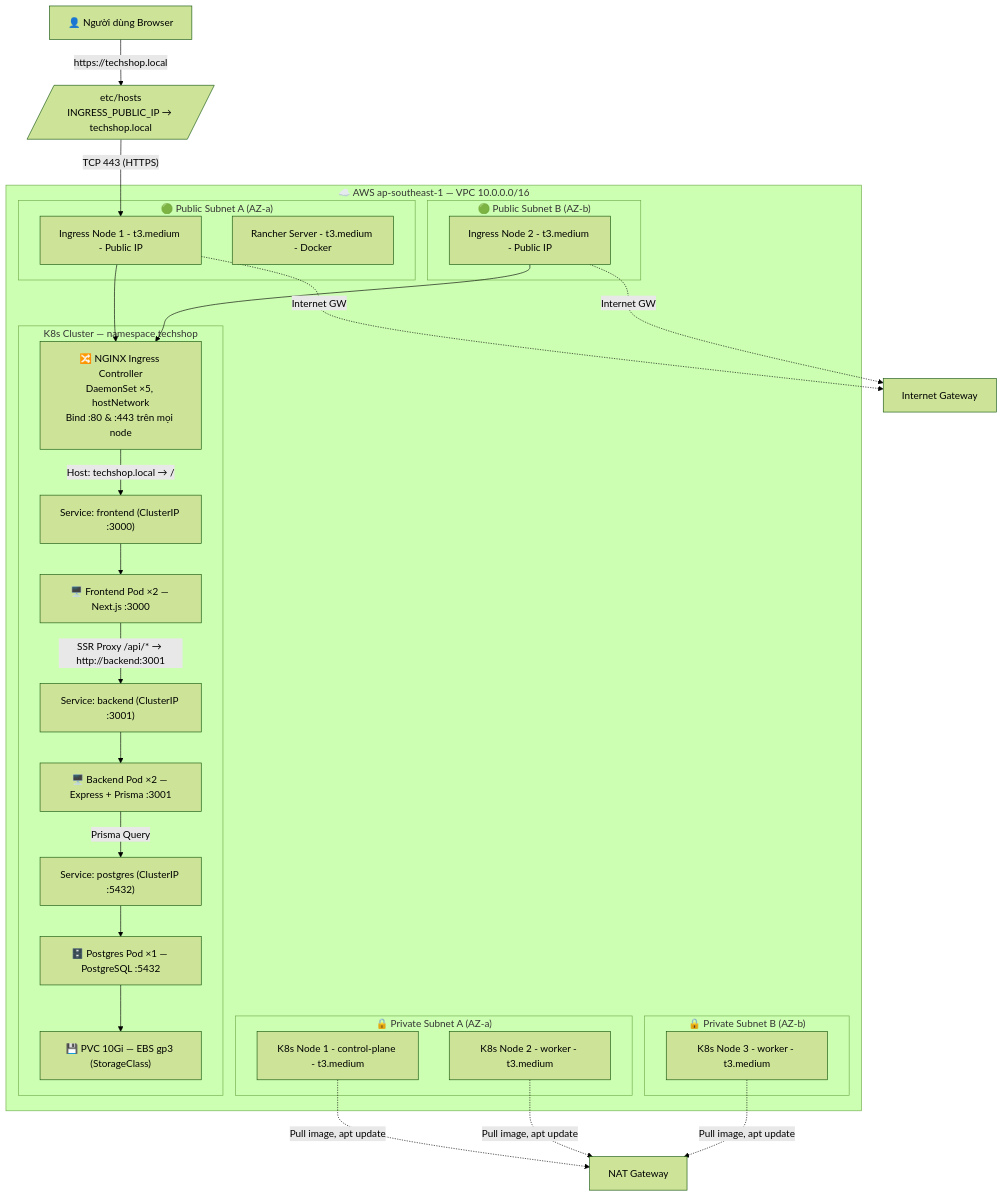
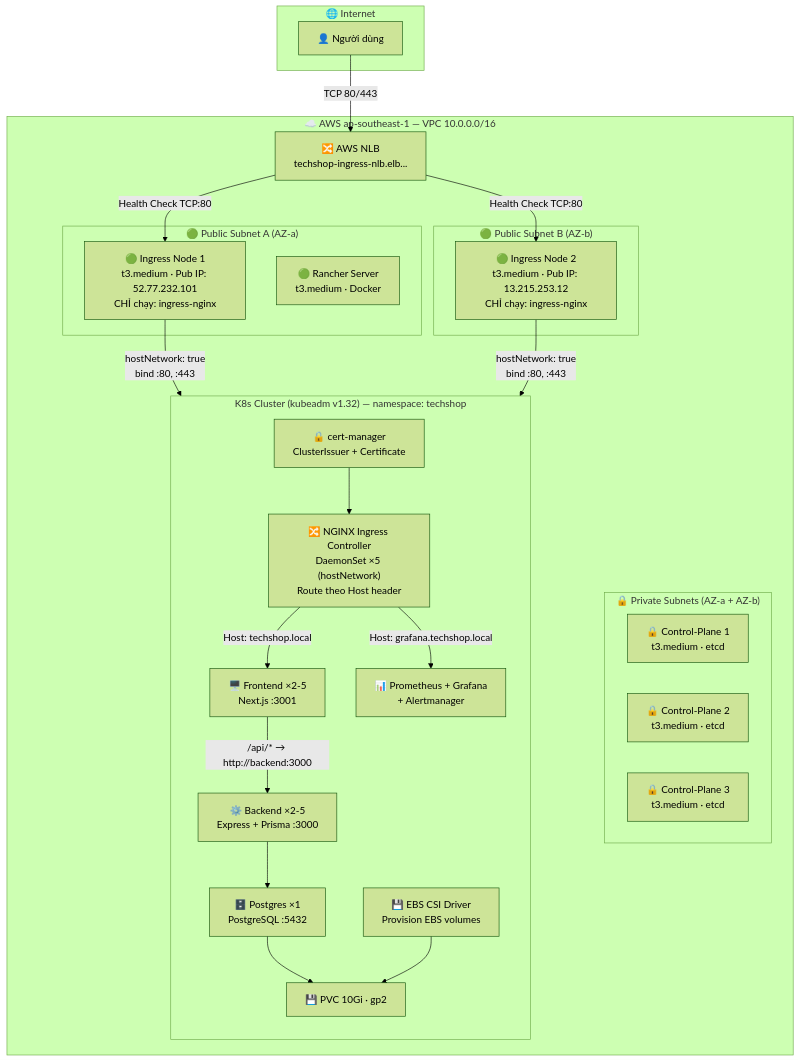
Before and after one commit to vinh25042005/deploy-web: the first of 5 diagrams in README.md, drawn with Mermaid (forest theme). The commit also changed other lines of this file and 7 other files, not shown here.

````diff
--- a/README.md
+++ b/README.md
@@ -26,53 +26,53 @@
 ```mermaid
 flowchart TB
-    U[👤 Người dùng Browser] -->|"https://techshop.local"| DNS[/etc/hosts<br/>INGRESS_PUBLIC_IP → techshop.local/]
+    subgraph Internet["🌐 Internet"]
+        USER["👤 Người dùng"]
+    end
 
-    DNS -->|"TCP 443 (HTTPS)"| ING1
+    USER -->|"TCP 80/443"| NLB
 
     subgraph AWS["☁️ AWS ap-southeast-1 — VPC 10.0.0.0/16"]
+        NLB["🔀 AWS NLB<br/>techshop-ingress-nlb.elb..."]
+        
         subgraph PubA["🟢 Public Subnet A (AZ-a)"]
-            ING1[Ingress Node 1 - t3.medium - Public IP]
-            RANCHER[Rancher Server - t3.medium - Docker]
+            ING1["🟢 Ingress Node 1<br/>t3.medium · Pub IP: 52.77.232.101<br/>CHỈ chạy: ingress-nginx"]
+            RANCHER["🟢 Rancher Server<br/>t3.medium · Docker"]
         end
 
         subgraph PubB["🟢 Public Subnet B (AZ-b)"]
-            ING2[Ingress Node 2 - t3.medium - Public IP]
+            ING2["🟢 Ingress Node 2<br/>t3.medium · Pub IP: 13.215.253.12<br/>CHỈ chạy: ingress-nginx"]
         end
 
-        subgraph PrivA["🔒 Private Subnet A (AZ-a)"]
-            N1[K8s Node 1 - control-plane - t3.medium]
-            N2[K8s Node 2 - worker - t3.medium]
+        subgraph Priv["🔒 Private Subnets (AZ-a + AZ-b)"]
+            CP1["🔒 Control-Plane 1<br/>t3.medium · etcd"]
+            CP2["🔒 Control-Plane 2<br/>t3.medium · etcd"]
+            CP3["🔒 Control-Plane 3<br/>t3.medium · etcd"]
         end
-
-        subgraph PrivB["🔒 Private Subnet B (AZ-b)"]
-            N3[K8s Node 3 - worker - t3.medium]
-        end
-
-        subgraph K8s["K8s Cluster — namespace techshop"]
-            NGINX["🔀 NGINX Ingress Controller<br/>DaemonSet ×5, hostNetwork<br/>Bind :80 & :443 trên mọi node"]
-            SVC_FE["Service: frontend (ClusterIP :3000)"]
-            SVC_BE["Service: backend (ClusterIP :3001)"]
-            SVC_PG["Service: postgres (ClusterIP :5432)"]
-            FE["🖥️ Frontend Pod ×2 — Next.js :3000"]
-            BE["🖥️ Backend Pod ×2 — Express + Prisma :3001"]
-            PG["🗄️ Postgres Pod ×1 — PostgreSQL :5432"]
-            PVC["💾 PVC 10Gi — EBS gp3 (StorageClass)"]
-        end
+        
+        NLB -->|"Health Check TCP:80"| ING1
+        NLB -->|"Health Check TCP:80"| ING2
+        
+        ING1 -->|"hostNetwork: true<br/>bind :80, :443"| K8S
+        ING2 -->|"hostNetwork: true<br/>bind :80, :443"| K8S
     end
 
-    ING1 --> NGINX
-    ING2 --> NGINX
-    NGINX -->|"Host: techshop.local → /"| SVC_FE
-    SVC_FE --> FE
-    FE -->|"SSR Proxy /api/* → http://backend:3001"| SVC_BE
-    SVC_BE --> BE
-    BE -->|"Prisma Query"| SVC_PG
-    SVC_PG --> PG
+    subgraph K8S["K8s Cluster (kubeadm v1.32) — namespace: techshop"]
+        direction TB
+        NGINX["🔀 NGINX Ingress Controller<br/>DaemonSet ×5 (hostNetwork)<br/>Route theo Host header"]
+        FE["🖥️ Frontend ×2-5<br/>Next.js :3001"]
+        BE["⚙️ Backend ×2-5<br/>Express + Prisma :3000"]
+        PG["🗄️ Postgres ×1<br/>PostgreSQL :5432"]
+        PROM["📊 Prometheus + Grafana<br/>+ Alertmanager"]
+        CERT["🔒 cert-manager<br/>ClusterIssuer + Certificate"]
+        CSI["💾 EBS CSI Driver<br/>Provision EBS volumes"]
+        PVC["💾 PVC 10Gi · gp2"]
+    end
+
+    NGINX -->|"Host: techshop.local"| FE
+    NGINX -->|"Host: grafana.techshop.local"| PROM
+    FE -->|"/api/* → http://backend:3000"| BE
+    BE --> PG
     PG --> PVC
-
-    ING1 -.->|Internet GW| IGW[Internet Gateway]
-    ING2 -.->|Internet GW| IGW
-    N1 -.->|"Pull image, apt update"| NAT[NAT Gateway]
-    N2 -.->|"Pull image, apt update"| NAT
-    N3 -.->|"Pull image, apt update"| NAT
+    CSI --> PVC
+    CERT --> NGINX
 ```
````
